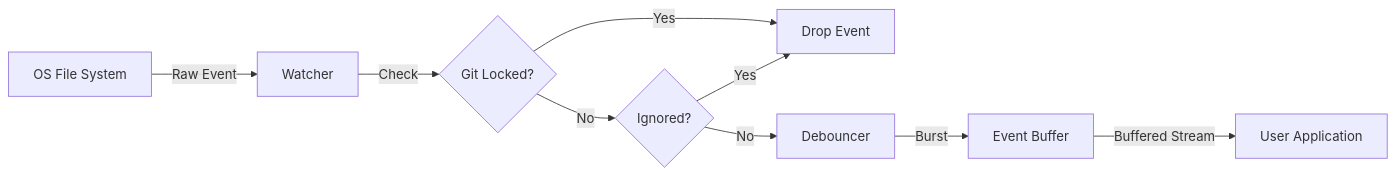
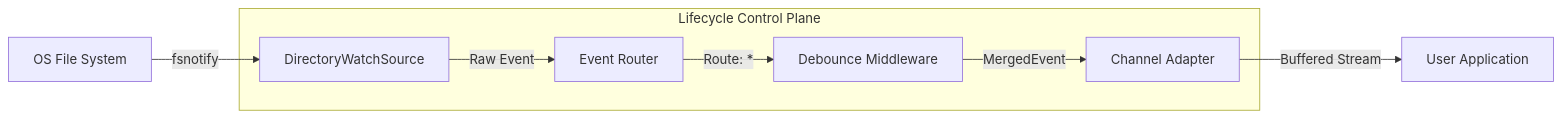
The fourth of 8 diagrams in docs/TECHNICAL.md (aretw0/loam), drawn with Mermaid before and after one commit. The commit also changed other lines of this file and 9 other files, not shown here.

First line of the commit message:
refactor(fs): overhaul event system with lifecycle primitives and sober pass

````diff
--- a/docs/TECHNICAL.md
+++ b/docs/TECHNICAL.md
@@ -107,11 +107,12 @@
 ```mermaid
 flowchart LR
-    OS[OS File System] -->|Raw Event| Watcher
-    Watcher -->|Check| GitLock{Git Locked?}
-    GitLock -- Yes --> Drop[Drop Event]
-    GitLock -- No --> Filter{Ignored?}
-    Filter -- Yes --> Drop
-    Filter -- No --> Debounce[Debouncer]
-    Debounce -->|Burst| Buffer[Event Buffer]
-    Buffer -->|Buffered Stream| App[User Application]
+    OS[OS File System] -->|fsnotify| Source[DirectoryWatchSource]
+    
+    subgraph Lifecycle Control Plane
+        Source -->|Raw Event| Router[Event Router]
+        Router -->|Route: *| Debounce[Debounce Middleware]
+        Debounce -->|MergedEvent| Channel[Channel Adapter]
+    end
+    
+    Channel -->|Buffered Stream| App[User Application]
 ```
````
